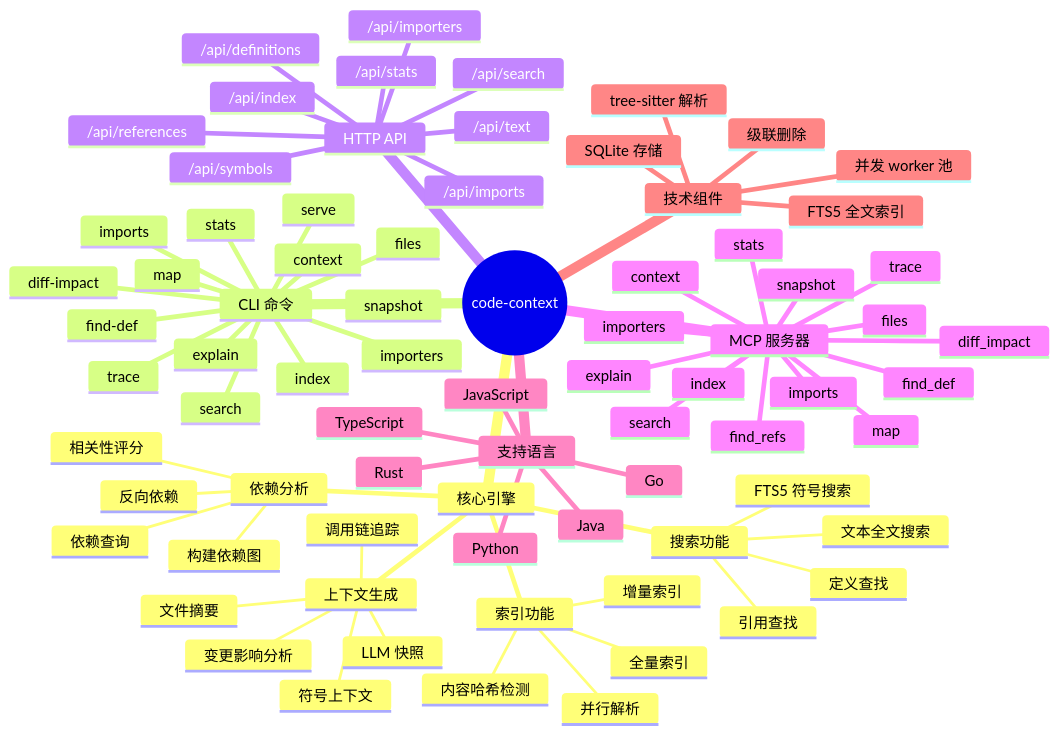
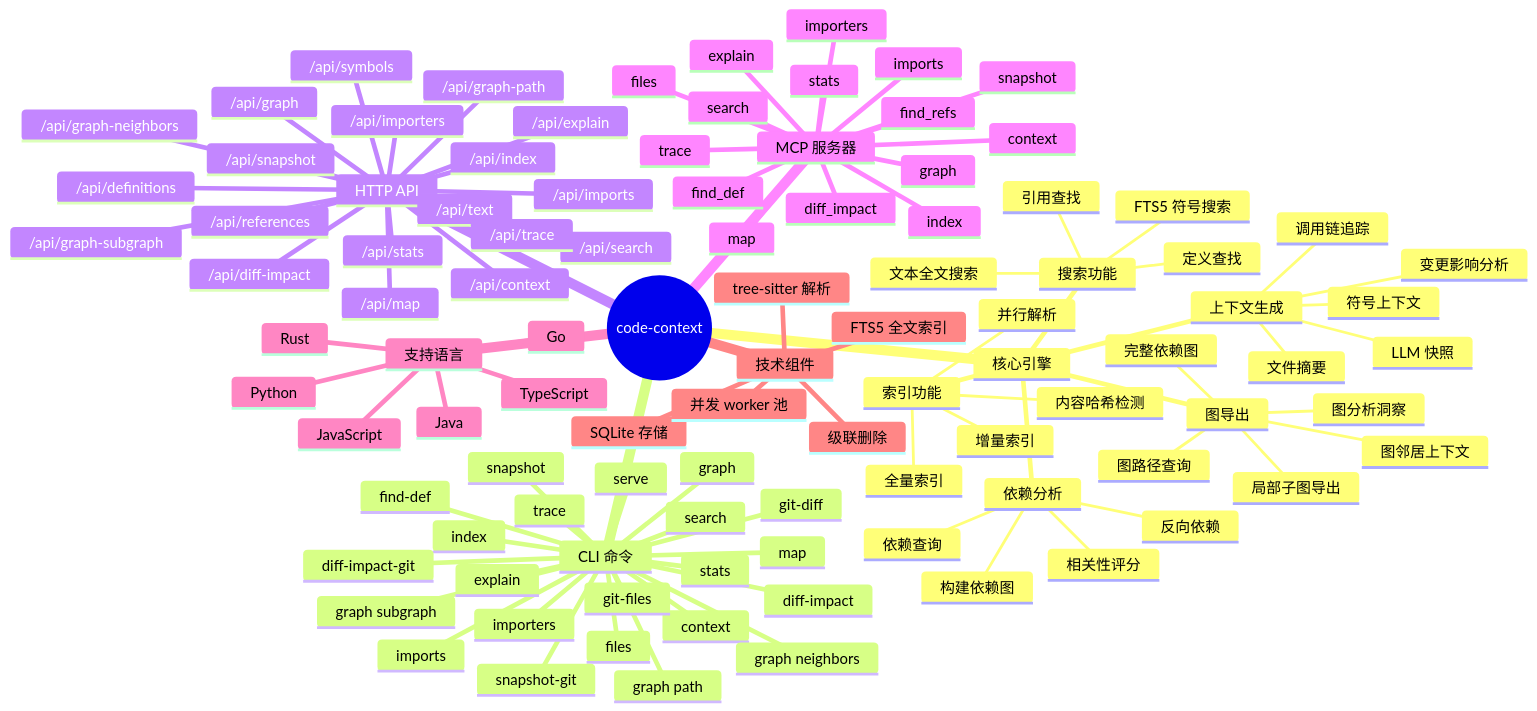
One commit to sjzsdu/code-context changed the first of 10 diagrams in ai-docs/feature-diagram.md. Above: the diagram before and after it, drawn with Mermaid. The commit also changed 13 other files, not shown here.

Commit message:
feat(graph): add graph cli, api, and analysis support

```diff
--- a/ai-docs/feature-diagram.md
+++ b/ai-docs/feature-diagram.md
@@ -27,6 +27,12 @@
         文件摘要
         调用链追踪
         变更影响分析
+      图导出
+        完整依赖图
+        图路径查询
+        图邻居上下文
+        局部子图导出
+        图分析洞察
     CLI 命令
       index
       search
@@ -42,6 +48,14 @@
       trace
       diff-impact
       serve
+      git-files
+      git-diff
+      snapshot-git
+      diff-impact-git
+      graph
+      graph path
+      graph neighbors
+      graph subgraph
     HTTP API
       /api/search
       /api/symbols
@@ -52,6 +66,16 @@
       /api/importers
       /api/stats
       /api/index
+      /api/map
+      /api/explain
+      /api/context
+      /api/snapshot
+      /api/trace
+      /api/diff-impact
+      /api/graph
+      /api/graph-neighbors
+      /api/graph-subgraph
+      /api/graph-path
     MCP 服务器
       index
       search
@@ -67,6 +91,7 @@
       snapshot
       diff_impact
       trace
+      graph
     支持语言
       Go
       TypeScript
```
